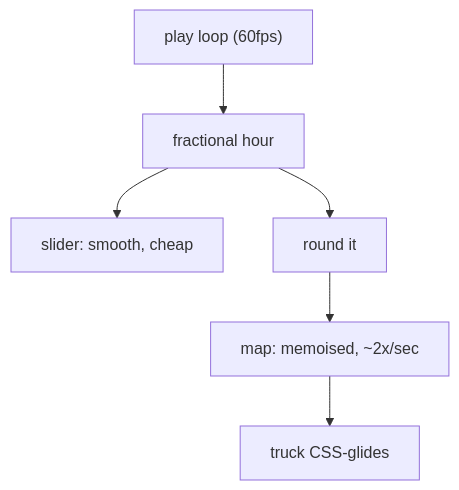
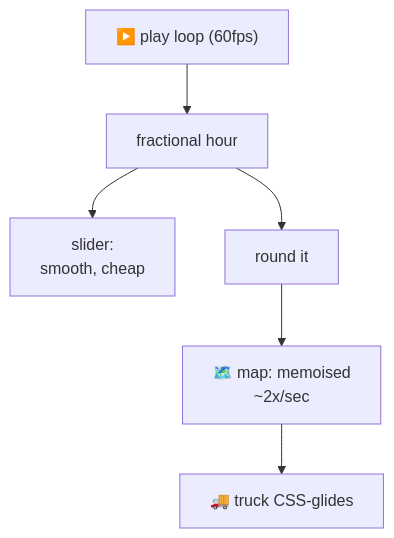
The fifth of 5 diagrams in docs/WALKTHROUGH.md (Maham-Anwaar/truck-routing), drawn with Mermaid before and after one commit. The commit also changed other lines of this file, not shown here.

````diff
--- a/docs/WALKTHROUGH.md
+++ b/docs/WALKTHROUGH.md
@@ -189,8 +241,8 @@
 ```mermaid
 flowchart TD
-    Play["play loop (60fps)"] --> H["fractional hour"]
-    H --> Slider["slider: smooth, cheap"]
+    Play["▶️ play loop (60fps)"] --> H["fractional hour"]
+    H --> Slider["slider:<br/>smooth, cheap"]
     H --> Rnd["round it"]
-    Rnd --> Map["map: memoised, ~2x/sec"]
-    Map --> Truck["truck CSS-glides"]
+    Rnd --> Map["🗺️ map: memoised<br/>~2x/sec"]
+    Map --> Truck["🚚 truck CSS-glides"]
 ```
````
